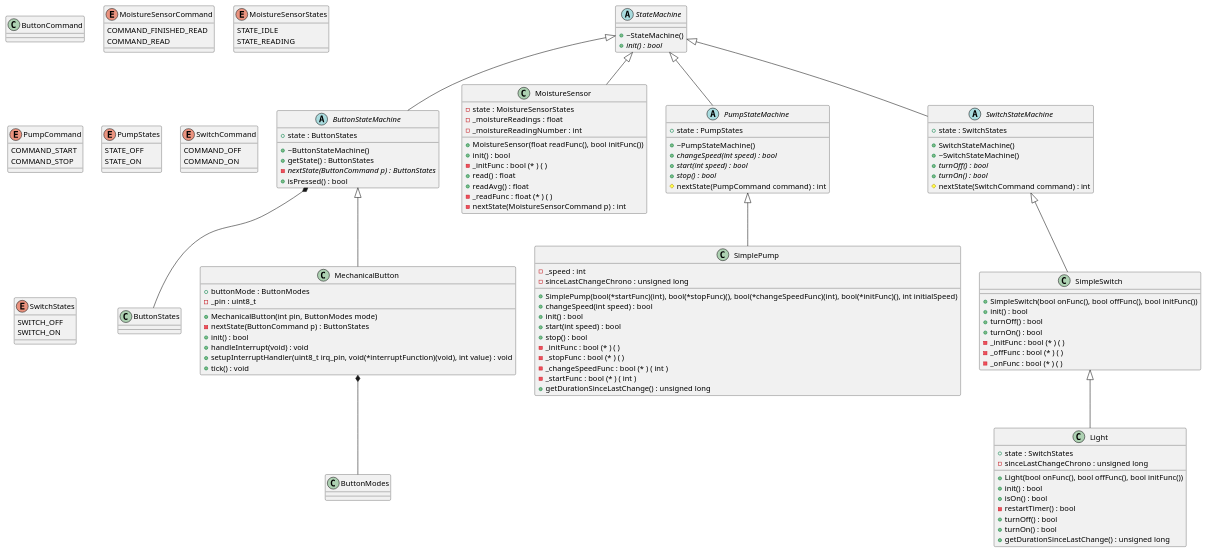
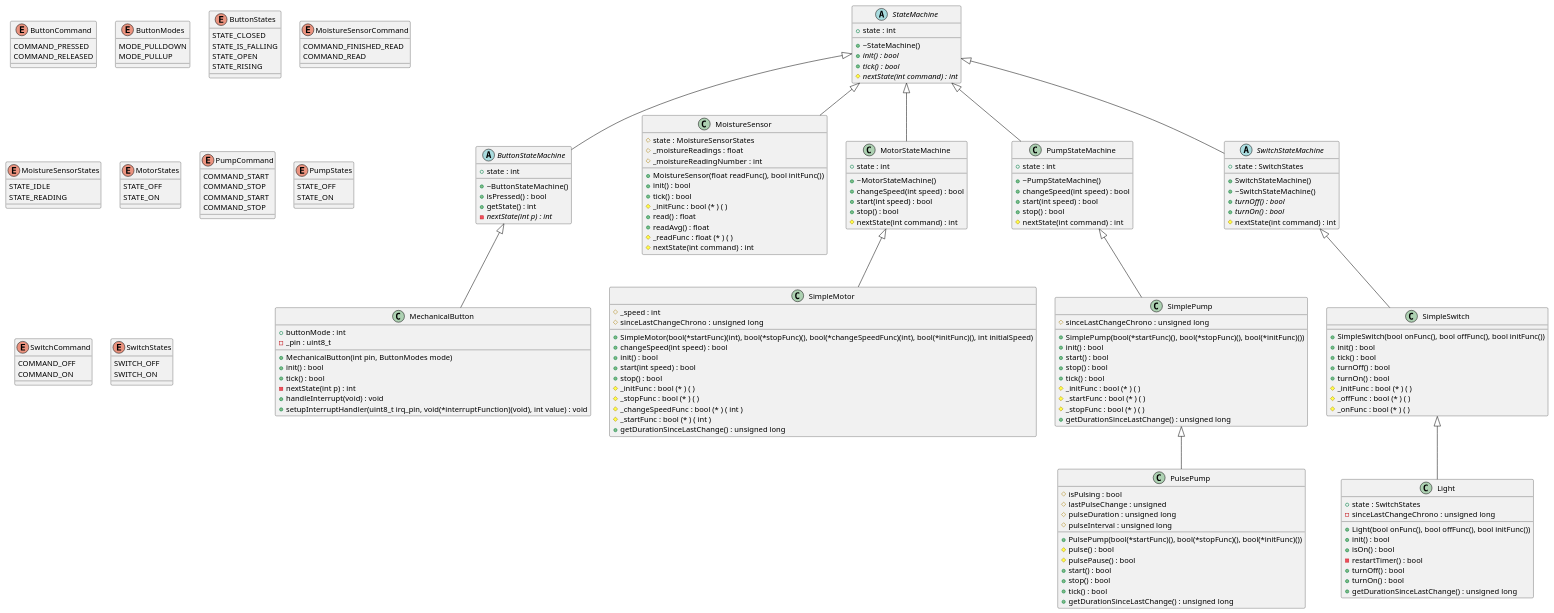
The diagram in src/watering-advanced/docs/uml/components.puml (robertmeisner/arduino-watering-system), drawn with PlantUML before and after one commit.

Commit message:
Updated Components uml

```diff
--- a/src/watering-advanced/docs/uml/components.puml
+++ b/src/watering-advanced/docs/uml/components.puml
@@ -6,24 +6,12 @@
 
 /' Objects '/
 
-class ButtonCommand {
-}
-
-
-class ButtonModes {
-}
-
-
 abstract class ButtonStateMachine {
 	+~ButtonStateMachine()
-	+getState() : ButtonStates
-	-{abstract} nextState(ButtonCommand p) : ButtonStates
-	+state : ButtonStates
 	+isPressed() : bool
-}
-
-
-class ButtonStates {
+	+getState() : int
+	-{abstract} nextState(int p) : int
+	+state : int
 }
 
 
@@ -42,70 +30,114 @@
 
 class MechanicalButton {
 	+MechanicalButton(int pin, ButtonModes mode)
-	+buttonMode : ButtonModes
-	-nextState(ButtonCommand p) : ButtonStates
 	+init() : bool
+	+tick() : bool
+	+buttonMode : int
+	-nextState(int p) : int
 	-_pin : uint8_t
 	+handleInterrupt(void) : void
 	+setupInterruptHandler(uint8_t irq_pin, void(*interruptFunction)(void), int value) : void
-	+tick() : void
 }
 
 
 class MoistureSensor {
 	+MoistureSensor(float readFunc(), bool initFunc())
-	-state : MoistureSensorStates
+	#state : MoistureSensorStates
 	+init() : bool
-	-_initFunc : bool (* ) ( )
-	-_moistureReadings : float
+	+tick() : bool
+	#_initFunc : bool (* ) ( )
+	#_moistureReadings : float
 	+read() : float
 	+readAvg() : float
-	-_readFunc : float (* ) ( )
-	-_moistureReadingNumber : int
-	-nextState(MoistureSensorCommand p) : int
+	#_readFunc : float (* ) ( )
+	#_moistureReadingNumber : int
+	#nextState(int command) : int
 }
 
 
-abstract class PumpStateMachine {
+class MotorStateMachine {
+	+~MotorStateMachine()
+	+changeSpeed(int speed) : bool
+	+start(int speed) : bool
+	+stop() : bool
+	#nextState(int command) : int
+	+state : int
+}
+
+
+class PulsePump {
+	+PulsePump(bool(*startFunc)(), bool(*stopFunc)(), bool(*initFunc)())
+	#isPulsing : bool
+	#pulse() : bool
+	#pulsePause() : bool
+	+start() : bool
+	+stop() : bool
+	+tick() : bool
+	#lastPulseChange : unsigned
+	+getDurationSinceLastChange() : unsigned long
+	#pulseDuration : unsigned long
+	#pulseInterval : unsigned long
+}
+
+
+class PumpStateMachine {
 	+~PumpStateMachine()
-	+state : PumpStates
-	+{abstract} changeSpeed(int speed) : bool
-	+{abstract} start(int speed) : bool
-	+{abstract} stop() : bool
-	#nextState(PumpCommand command) : int
+	+changeSpeed(int speed) : bool
+	+start(int speed) : bool
+	+stop() : bool
+	#nextState(int command) : int
+	+state : int
+}
+
+
+class SimpleMotor {
+	+SimpleMotor(bool(*startFunc)(int), bool(*stopFunc)(), bool(*changeSpeedFunc)(int), bool(*initFunc)(), int initialSpeed)
+	+changeSpeed(int speed) : bool
+	+init() : bool
+	+start(int speed) : bool
+	+stop() : bool
+	#_initFunc : bool (* ) ( )
+	#_stopFunc : bool (* ) ( )
+	#_changeSpeedFunc : bool (* ) ( int )
+	#_startFunc : bool (* ) ( int )
+	#_speed : int
+	+getDurationSinceLastChange() : unsigned long
+	#sinceLastChangeChrono : unsigned long
 }
 
 
 class SimplePump {
-	+SimplePump(bool(*startFunc)(int), bool(*stopFunc)(), bool(*changeSpeedFunc)(int), bool(*initFunc)(), int initialSpeed)
-	+changeSpeed(int speed) : bool
+	+SimplePump(bool(*startFunc)(), bool(*stopFunc)(), bool(*initFunc)())
 	+init() : bool
-	+start(int speed) : bool
+	+start() : bool
 	+stop() : bool
-	-_initFunc : bool (* ) ( )
-	-_stopFunc : bool (* ) ( )
-	-_changeSpeedFunc : bool (* ) ( int )
-	-_startFunc : bool (* ) ( int )
-	-_speed : int
+	+tick() : bool
+	#_initFunc : bool (* ) ( )
+	#_startFunc : bool (* ) ( )
+	#_stopFunc : bool (* ) ( )
 	+getDurationSinceLastChange() : unsigned long
-	-sinceLastChangeChrono : unsigned long
+	#sinceLastChangeChrono : unsigned long
 }
 
 
 class SimpleSwitch {
 	+SimpleSwitch(bool onFunc(), bool offFunc(), bool initFunc())
 	+init() : bool
+	+tick() : bool
 	+turnOff() : bool
 	+turnOn() : bool
-	-_initFunc : bool (* ) ( )
-	-_offFunc : bool (* ) ( )
-	-_onFunc : bool (* ) ( )
+	#_initFunc : bool (* ) ( )
+	#_offFunc : bool (* ) ( )
+	#_onFunc : bool (* ) ( )
 }
 
 
 abstract class StateMachine {
 	+~StateMachine()
 	+{abstract} init() : bool
+	+{abstract} tick() : bool
+	#{abstract} nextState(int command) : int
+	+state : int
 }
 
 
@@ -115,7 +147,27 @@
 	+state : SwitchStates
 	+{abstract} turnOff() : bool
 	+{abstract} turnOn() : bool
-	#nextState(SwitchCommand command) : int
+	#nextState(int command) : int
+}
+
+
+enum ButtonCommand {
+	COMMAND_PRESSED
+	COMMAND_RELEASED
+}
+
+
+enum ButtonModes {
+	MODE_PULLDOWN
+	MODE_PULLUP
+}
+
+
+enum ButtonStates {
+	STATE_CLOSED
+	STATE_IS_FALLING
+	STATE_OPEN
+	STATE_RISING
 }
 
 
@@ -128,6 +180,18 @@
 enum MoistureSensorStates {
 	STATE_IDLE
 	STATE_READING
+}
+
+
+enum MotorStates {
+	STATE_OFF
+	STATE_ON
+}
+
+
+enum PumpCommand {
+	COMMAND_START
+	COMMAND_STOP
 }
 
 
@@ -163,7 +227,13 @@
 ButtonStateMachine <|-- MechanicalButton
 
 
+MotorStateMachine <|-- SimpleMotor
+
+
 PumpStateMachine <|-- SimplePump
+
+
+SimplePump <|-- PulsePump
 
 
 SimpleSwitch <|-- Light
@@ -173,6 +243,9 @@
 
 
 StateMachine <|-- MoistureSensor
+
+
+StateMachine <|-- MotorStateMachine
 
 
 StateMachine <|-- PumpStateMachine
@@ -189,12 +262,6 @@
 
 /' Aggregation relationships '/
 
-ButtonStateMachine *-- ButtonStates
-
-
-MechanicalButton *-- ButtonModes
-
-
 
 
 
```
